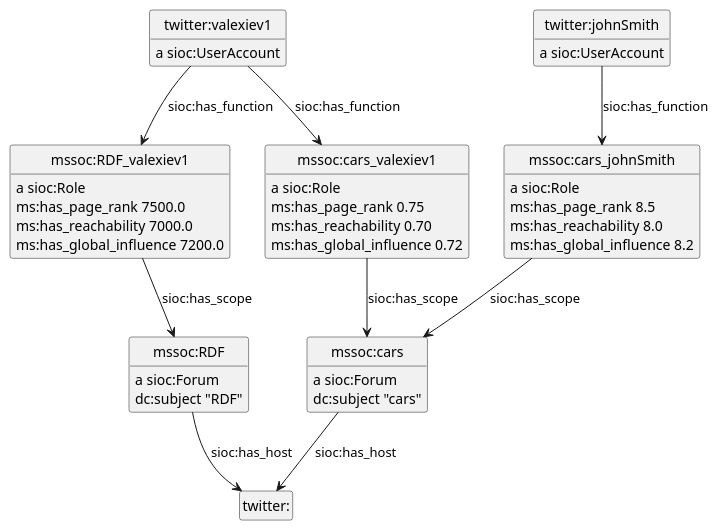
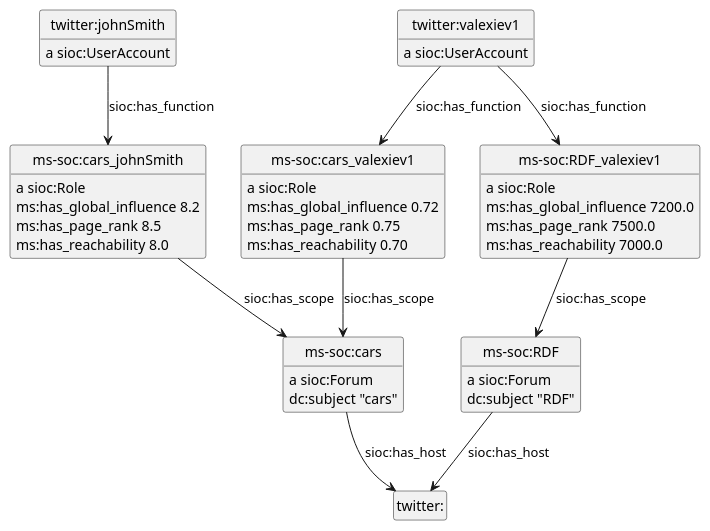
One commit to gerardbdn/VladimirAlexiev.github.io changed the diagram in Multisensor/img/SMAP-example.puml. Above: the diagram before and after it, drawn with PlantUML. The commit also changed 33 other files, not shown here.

```diff
--- a/Multisensor/img/SMAP-example.puml
+++ b/Multisensor/img/SMAP-example.puml
@@ -1,40 +1,40 @@
 @startuml
 hide empty methods
 hide empty attributes
 hide circle
 skinparam classAttributeIconSize 0
-class mssoc_cars_valexiev1 as "mssoc:cars_valexiev1"
-mssoc_cars_valexiev1 : a sioc:Role
-class mssoc_cars as "mssoc:cars"
-mssoc_cars_valexiev1 --> mssoc_cars : sioc:has_scope
-mssoc_cars_valexiev1 : ms:has_page_rank 0.75
-mssoc_cars_valexiev1 : ms:has_reachability 0.70
-mssoc_cars_valexiev1 : ms:has_global_influence 0.72
-class mssoc_RDF_valexiev1 as "mssoc:RDF_valexiev1"
-mssoc_RDF_valexiev1 : a sioc:Role
-class mssoc_RDF as "mssoc:RDF"
-mssoc_RDF_valexiev1 --> mssoc_RDF : sioc:has_scope
-mssoc_RDF_valexiev1 : ms:has_page_rank 7500.0
-mssoc_RDF_valexiev1 : ms:has_reachability 7000.0
-mssoc_RDF_valexiev1 : ms:has_global_influence 7200.0
-class mssoc_cars_johnSmith as "mssoc:cars_johnSmith"
-mssoc_cars_johnSmith : a sioc:Role
-mssoc_cars_johnSmith --> mssoc_cars : sioc:has_scope
-mssoc_cars_johnSmith : ms:has_page_rank 8.5
-mssoc_cars_johnSmith : ms:has_reachability 8.0
-mssoc_cars_johnSmith : ms:has_global_influence 8.2
+class ms_soc_RDF_valexiev1 as "ms-soc:RDF_valexiev1"
+ms_soc_RDF_valexiev1 : a sioc:Role
+class ms_soc_RDF as "ms-soc:RDF"
+ms_soc_RDF_valexiev1 --> ms_soc_RDF : sioc:has_scope
+ms_soc_RDF_valexiev1 : ms:has_global_influence 7200.0
+ms_soc_RDF_valexiev1 : ms:has_page_rank 7500.0
+ms_soc_RDF_valexiev1 : ms:has_reachability 7000.0
+class ms_soc_cars_johnSmith as "ms-soc:cars_johnSmith"
+ms_soc_cars_johnSmith : a sioc:Role
+class ms_soc_cars as "ms-soc:cars"
+ms_soc_cars_johnSmith --> ms_soc_cars : sioc:has_scope
+ms_soc_cars_johnSmith : ms:has_global_influence 8.2
+ms_soc_cars_johnSmith : ms:has_page_rank 8.5
+ms_soc_cars_johnSmith : ms:has_reachability 8.0
+ms_soc_RDF : a sioc:Forum
+class twitter_ as "twitter:"
+ms_soc_RDF --> twitter_ : sioc:has_host
+ms_soc_RDF : dc:subject "RDF"
+class twitter_valexiev1 as "twitter:valexiev1"
+twitter_valexiev1 : a sioc:UserAccount
+class ms_soc_cars_valexiev1 as "ms-soc:cars_valexiev1"
+twitter_valexiev1 --> ms_soc_cars_valexiev1 : sioc:has_function
+twitter_valexiev1 --> ms_soc_RDF_valexiev1 : sioc:has_function
+ms_soc_cars : a sioc:Forum
+ms_soc_cars --> twitter_ : sioc:has_host
+ms_soc_cars : dc:subject "cars"
+ms_soc_cars_valexiev1 : a sioc:Role
+ms_soc_cars_valexiev1 --> ms_soc_cars : sioc:has_scope
+ms_soc_cars_valexiev1 : ms:has_global_influence 0.72
+ms_soc_cars_valexiev1 : ms:has_page_rank 0.75
+ms_soc_cars_valexiev1 : ms:has_reachability 0.70
 class twitter_johnSmith as "twitter:johnSmith"
 twitter_johnSmith : a sioc:UserAccount
-twitter_johnSmith --> mssoc_cars_johnSmith : sioc:has_function
-mssoc_RDF : a sioc:Forum
-class twitter_ as "twitter:"
-mssoc_RDF --> twitter_ : sioc:has_host
-mssoc_RDF : dc:subject "RDF"
-class twitter_valexiev1 as "twitter:valexiev1"
-twitter_valexiev1 : a sioc:UserAccount
-twitter_valexiev1 --> mssoc_cars_valexiev1 : sioc:has_function
-twitter_valexiev1 --> mssoc_RDF_valexiev1 : sioc:has_function
-mssoc_cars : a sioc:Forum
-mssoc_cars --> twitter_ : sioc:has_host
-mssoc_cars : dc:subject "cars"
+twitter_johnSmith --> ms_soc_cars_johnSmith : sioc:has_function
 @enduml
```
